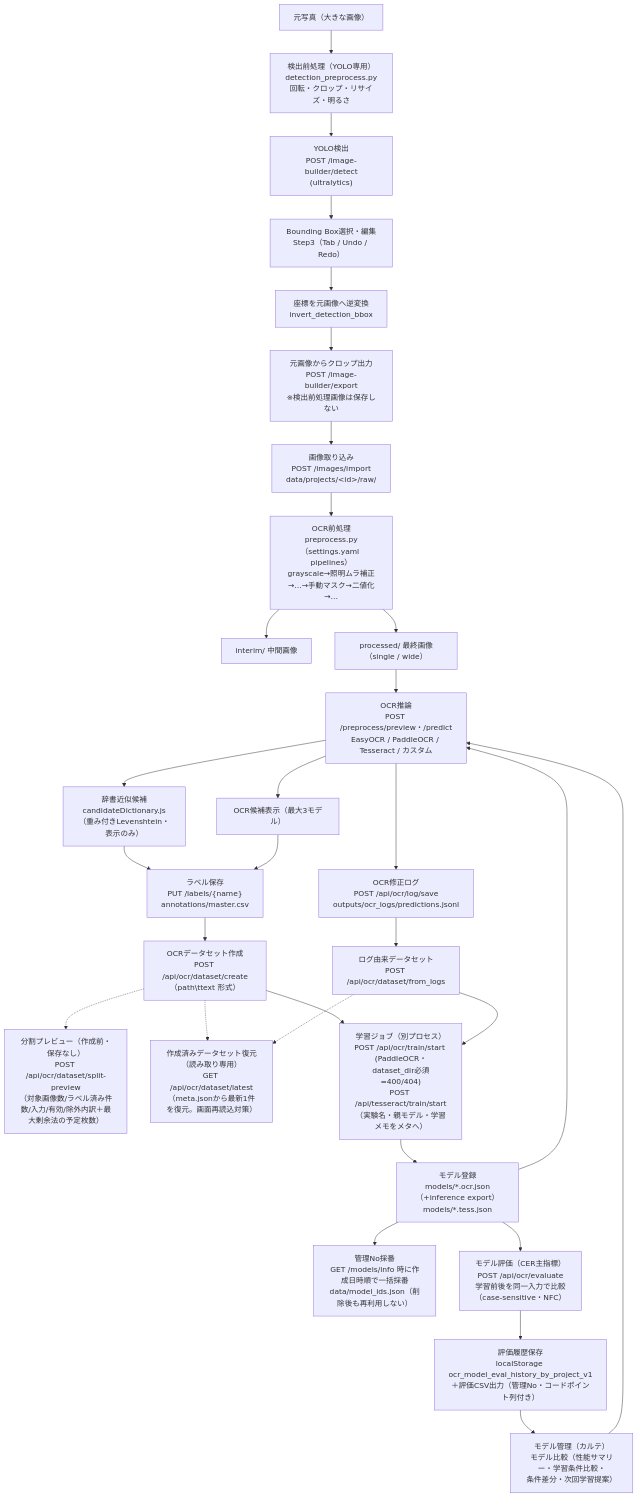
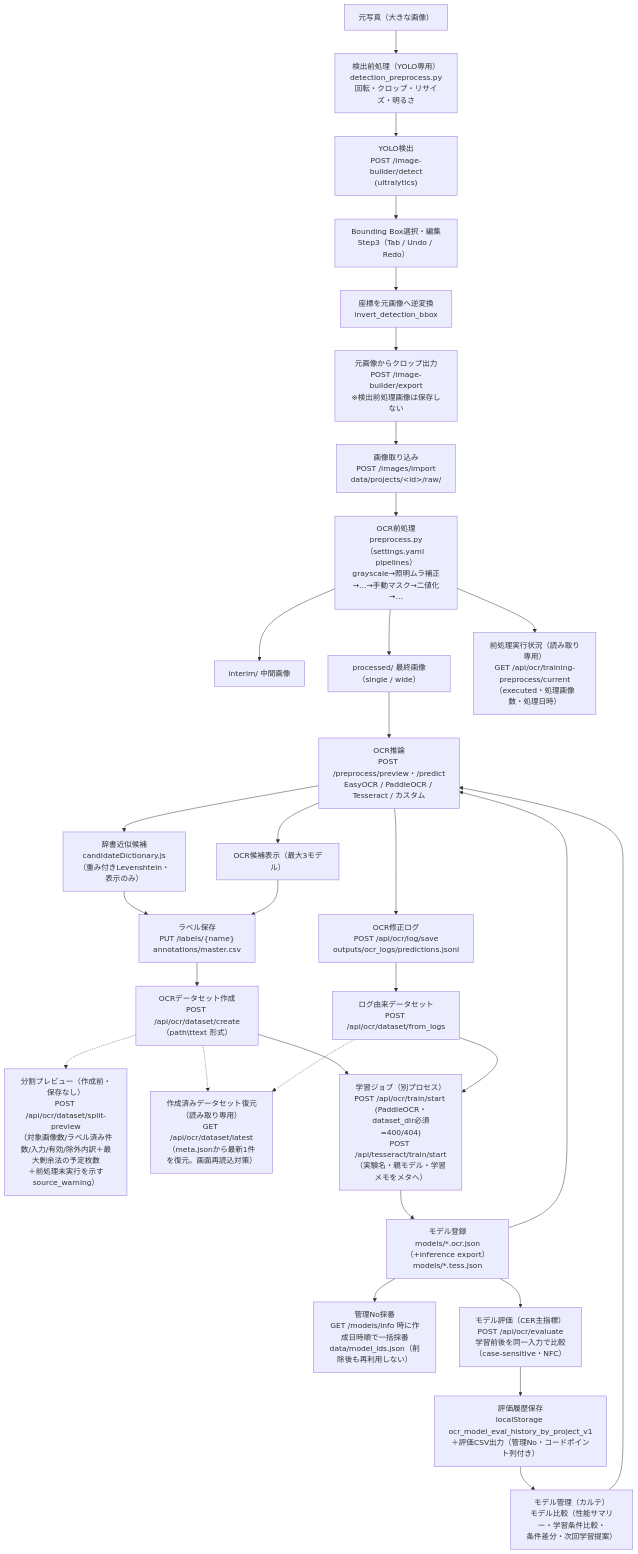
Before and after one commit to bs-shashimoto2048/OCR_Crafter: the first of 2 diagrams in docs/17_DATAFLOW.md, drawn with Mermaid. The commit also changed 13 other files, not shown here.

First line of the commit message:
feat: expose training preprocessing execution status and unprocessed-image warning

````diff
--- a/docs/17_DATAFLOW.md
+++ b/docs/17_DATAFLOW.md
@@ -7,35 +7,36 @@
 ```mermaid
 flowchart TD
     PHOTO["元写真（大きな画像）"] --> DPP["検出前処理（YOLO専用）<br/>detection_preprocess.py<br/>回転・クロップ・リサイズ・明るさ"]
     DPP --> YOLO["YOLO検出<br/>POST /image-builder/detect<br/>(ultralytics)"]
     YOLO --> BBOX["Bounding Box選択・編集<br/>Step3（Tab / Undo / Redo）"]
     BBOX --> INV["座標を元画像へ逆変換<br/>invert_detection_bbox"]
     INV --> CROP["元画像からクロップ出力<br/>POST /image-builder/export<br/>※検出前処理画像は保存しない"]
 
     CROP --> IMPORT["画像取り込み<br/>POST /images/import<br/>data/projects/&lt;id&gt;/raw/"]
     IMPORT --> OPP["OCR前処理<br/>preprocess.py（settings.yaml pipelines）<br/>grayscale→照明ムラ補正→…→手動マスク→二値化→…"]
     OPP --> INTERIM["interim/ 中間画像"]
     OPP --> PROC["processed/ 最終画像（single / wide）"]
+    OPP --> PPCUR["前処理実行状況（読み取り専用）<br/>GET /api/ocr/training-preprocess/current<br/>（executed・処理画像数・処理日時）"]
 
     PROC --> OCR["OCR推論<br/>POST /preprocess/preview・/predict<br/>EasyOCR / PaddleOCR / Tesseract / カスタム"]
     OCR --> DICT["辞書近似候補<br/>candidateDictionary.js<br/>（重み付きLevenshtein・表示のみ）"]
     OCR --> CAND["OCR候補表示（最大3モデル）"]
     DICT --> LABEL
     CAND --> LABEL["ラベル保存<br/>PUT /labels/{name}<br/>annotations/master.csv"]
 
     LABEL --> DS["OCRデータセット作成<br/>POST /api/ocr/dataset/create<br/>（path\ttext 形式）"]
     FIX["OCR修正ログ<br/>POST /api/ocr/log/save<br/>outputs/ocr_logs/predictions.jsonl"] --> DS2["ログ由来データセット<br/>POST /api/ocr/dataset/from_logs"]
     OCR --> FIX
-    DS -.-> SPLITP["分割プレビュー（作成前・保存なし）<br/>POST /api/ocr/dataset/split-preview<br/>（対象画像数/ラベル済み件数/入力/有効/除外内訳＋最大剰余法の予定枚数）"]
+    DS -.-> SPLITP["分割プレビュー（作成前・保存なし）<br/>POST /api/ocr/dataset/split-preview<br/>（対象画像数/ラベル済み件数/入力/有効/除外内訳＋最大剰余法の予定枚数<br/>＋前処理未実行を示すsource_warning）"]
     DS -.-> DSLATEST["作成済みデータセット復元（読み取り専用）<br/>GET /api/ocr/dataset/latest<br/>（meta.jsonから最新1件を復元。画面再読込対策）"]
     DS2 -.-> DSLATEST
     DS --> TRAIN["学習ジョブ（別プロセス）<br/>POST /api/ocr/train/start (PaddleOCR・dataset_dir必須=400/404)<br/>POST /api/tesseract/train/start<br/>（実験名・親モデル・学習メモをメタへ）"]
     DS2 --> TRAIN
     TRAIN --> MODEL["モデル登録<br/>models/*.ocr.json（+inference export）<br/>models/*.tess.json"]
     MODEL --> MID2["管理No採番<br/>GET /models/info 時に作成日時順で一括採番<br/>data/model_ids.json（削除後も再利用しない）"]
     MODEL --> OCR
     MODEL --> EVAL["モデル評価（CER主指標）<br/>POST /api/ocr/evaluate<br/>学習前後を同一入力で比較（case-sensitive・NFC）"]
     EVAL --> HIST["評価履歴保存<br/>localStorage ocr_model_eval_history_by_project_v1<br/>＋評価CSV出力（管理No・コードポイント列付き）"]
     HIST --> MGMT["モデル管理（カルテ）<br/>モデル比較（性能サマリー・学習条件比較・<br/>条件差分・次回学習提案）"]
     MGMT --> OCR
 ```
````
